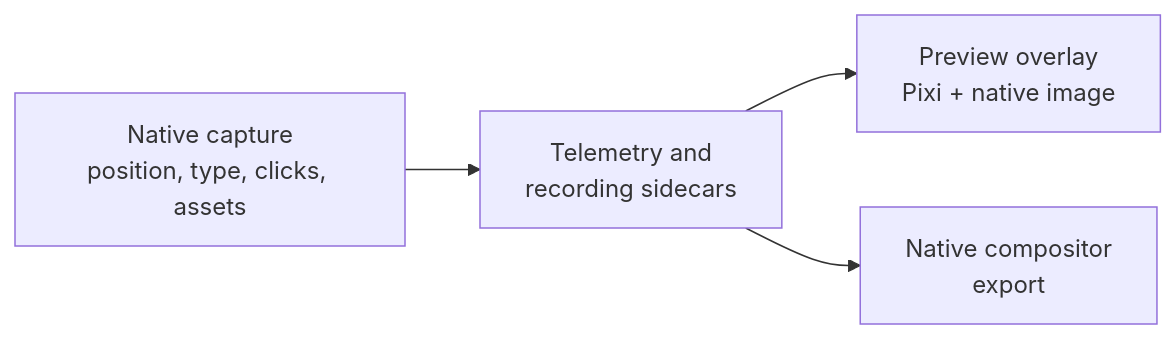
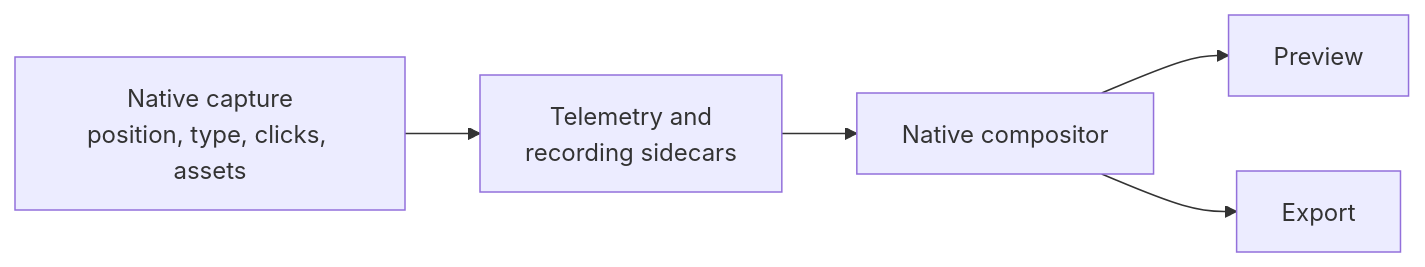
Before and after one commit to My-Denia/openscreen: the diagram in technical-documentation/architecture/cursor.md, drawn with Mermaid. The commit also changed other lines of this file and 8 other files, not shown here.

````diff
--- a/technical-documentation/architecture/cursor.md
+++ b/technical-documentation/architecture/cursor.md
@@ -17,6 +17,7 @@
 ```mermaid
 flowchart LR
     C["Native capture<br/>position, type, clicks, assets"] --> T["Telemetry and<br/>recording sidecars"]
-    T --> P["Preview overlay<br/>Pixi + native image"]
-    T --> E["Native compositor<br/>export"]
+    T --> N["Native compositor"]
+    N --> P["Preview"]
+    N --> E["Export"]
 ```
````
